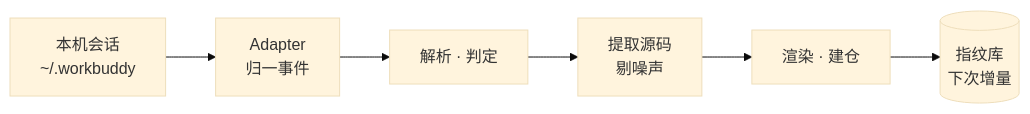
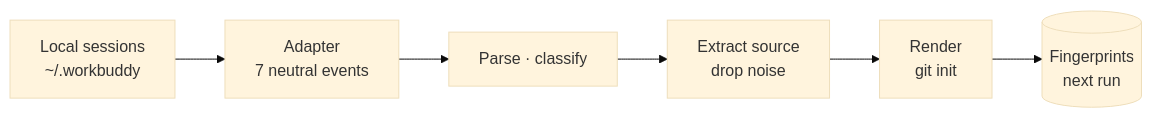
Before and after one commit to winrich/dev-project-archivist: the diagram in README.md, drawn with Mermaid (base theme). The commit also changed other lines of this file and 15 other files, not shown here.

````diff
--- a/README.md
+++ b/README.md
@@ -310,4 +323,4 @@
 ```mermaid
 flowchart LR
-  A["本机会话<br/>~/.workbuddy"] --> B["Adapter<br/>归一事件"] --> C["解析 · 判定"] --> D["提取源码<br/>剔噪声"] --> E["渲染 · 建仓"] --> G[("指纹库<br/>下次增量")]
+  A["Local sessions<br/>~/.workbuddy"] --> B["Adapter<br/>7 neutral events"] --> C["Parse · classify"] --> D["Extract source<br/>drop noise"] --> E["Render<br/>git init"] --> G[("Fingerprints<br/>next run")]
 ```
````
